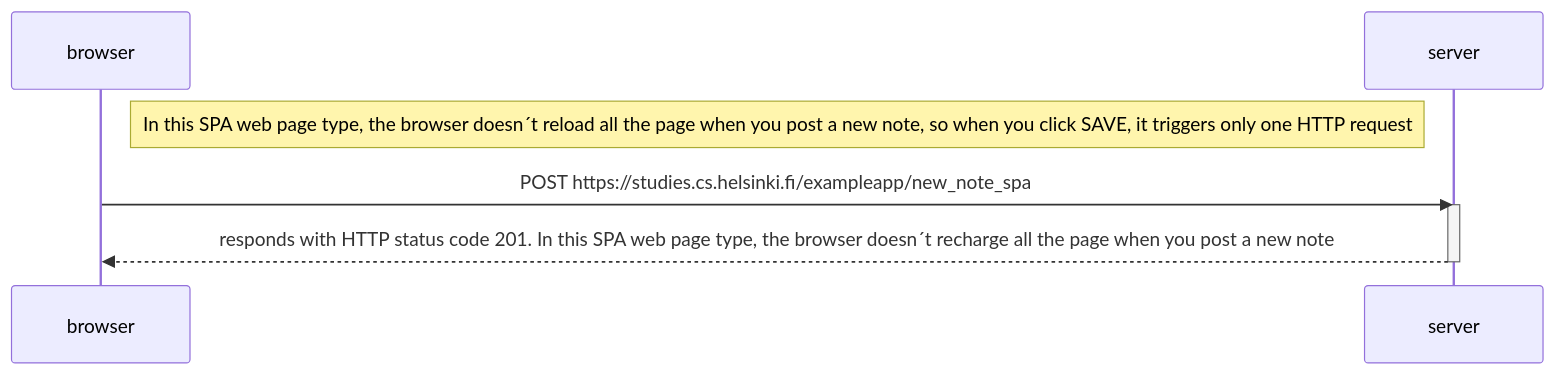
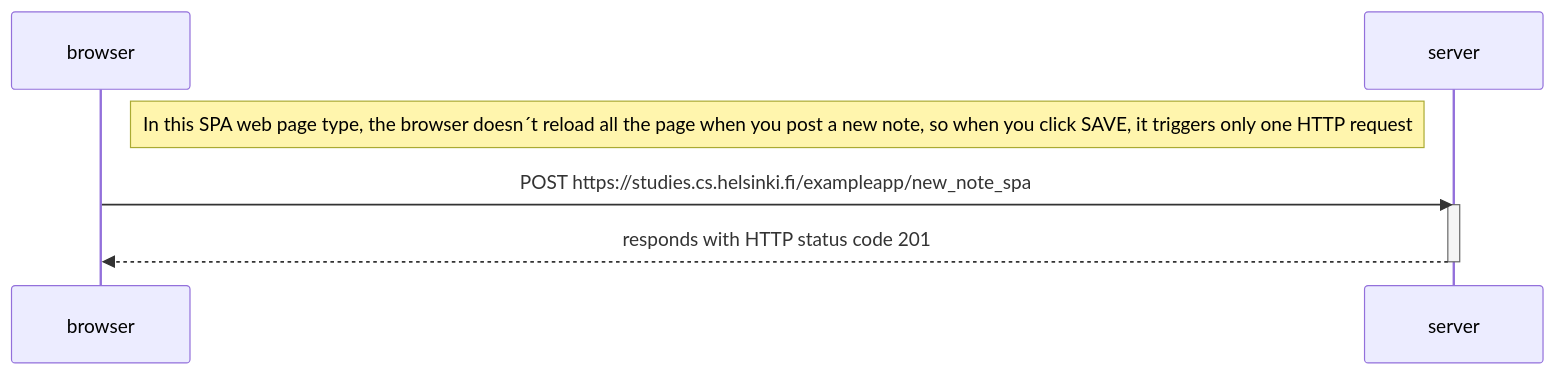
The diagram in part0/0.6.md (Tomi0727/FullStackOpenTomi), drawn with Mermaid before and after one commit.

````diff
--- a/part0/0.6.md
+++ b/part0/0.6.md
@@ -1,10 +1,10 @@
 ```mermaid
 sequenceDiagram
   participant browser
   participant server
 Note right of browser: In this SPA web page type, the browser doesn´t reload all the page when you post a new note, so when you click SAVE, it triggers only one HTTP request
 browser->>server: POST https://studies.cs.helsinki.fi/exampleapp/new_note_spa
 activate server
-server-->>browser: responds with HTTP status code 201. In this SPA web page type, the browser doesn´t recharge all the page when you post a new note
+server-->>browser: responds with HTTP status code 201
 deactivate server
 ```
````
